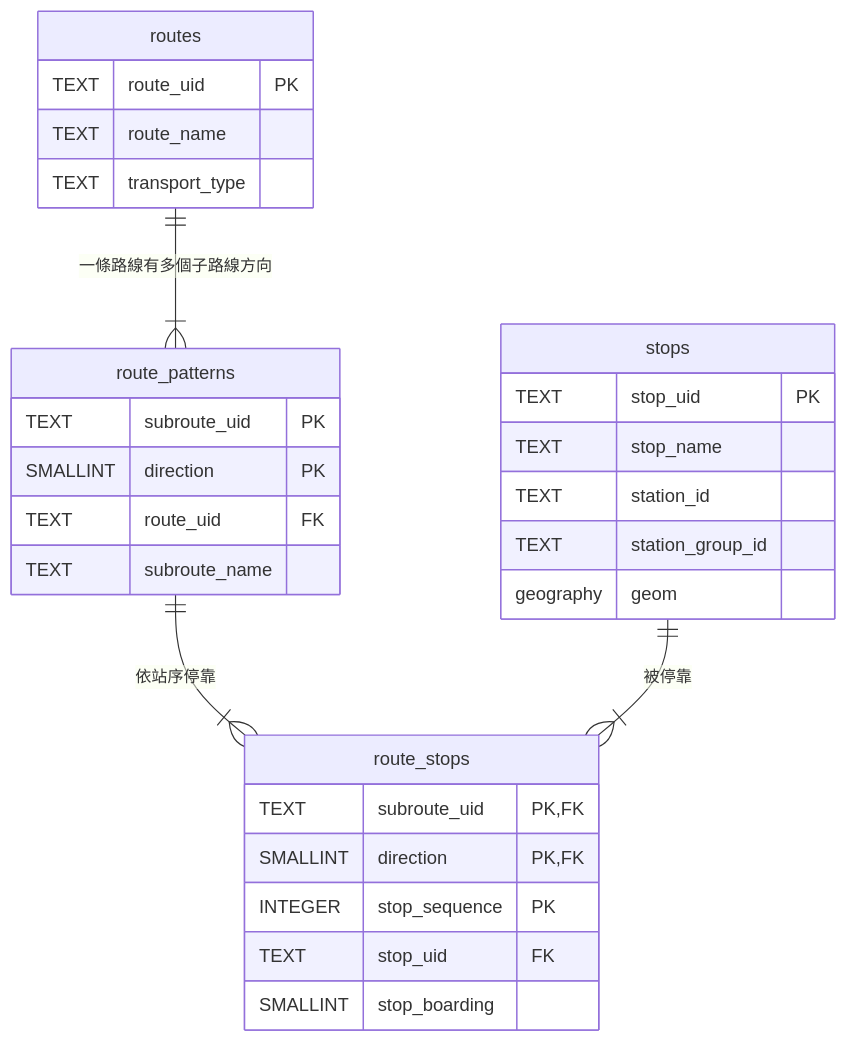
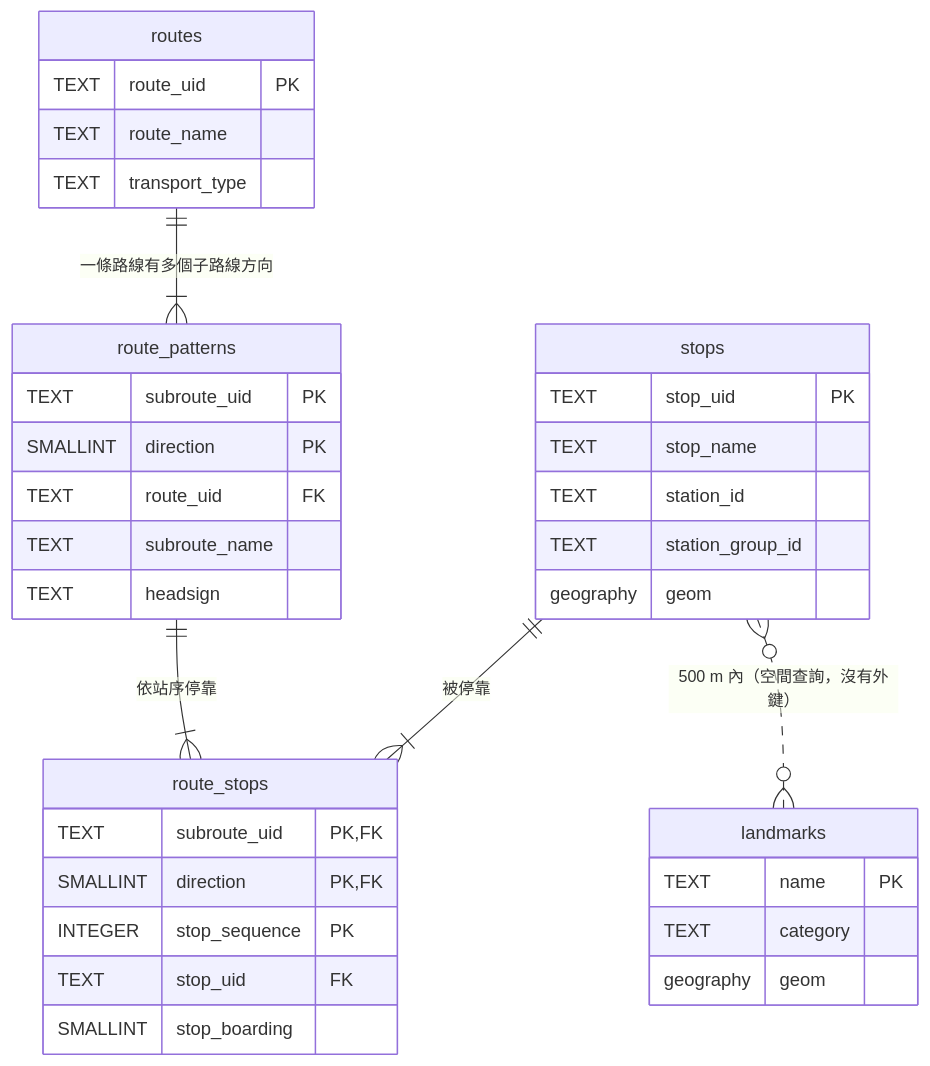
The second of 2 diagrams in design/database.md (transit-reach/dev-notes), drawn with Mermaid before and after one commit. The commit also changed other lines of this file and 41 other files, not shown here.

````diff
--- a/design/database.md
+++ b/design/database.md
@@ -7,32 +21,39 @@
 ```mermaid
 erDiagram
     routes ||--|{ route_patterns : "一條路線有多個子路線方向"
     route_patterns ||--|{ route_stops : "依站序停靠"
     stops ||--|{ route_stops : "被停靠"
+    stops }o..o{ landmarks : "500 m 內（空間查詢，沒有外鍵）"
 
     routes {
         TEXT route_uid PK
         TEXT route_name
         TEXT transport_type
     }
     route_patterns {
         TEXT subroute_uid PK
         SMALLINT direction PK
         TEXT route_uid FK
         TEXT subroute_name
+        TEXT headsign
     }
     route_stops {
         TEXT subroute_uid PK, FK
         SMALLINT direction PK, FK
         INTEGER stop_sequence PK
         TEXT stop_uid FK
         SMALLINT stop_boarding
     }
     stops {
         TEXT stop_uid PK
         TEXT stop_name
         TEXT station_id
         TEXT station_group_id
         geography geom
     }
+    landmarks {
+        TEXT name PK
+        TEXT category
+        geography geom
+    }
 ```
````
